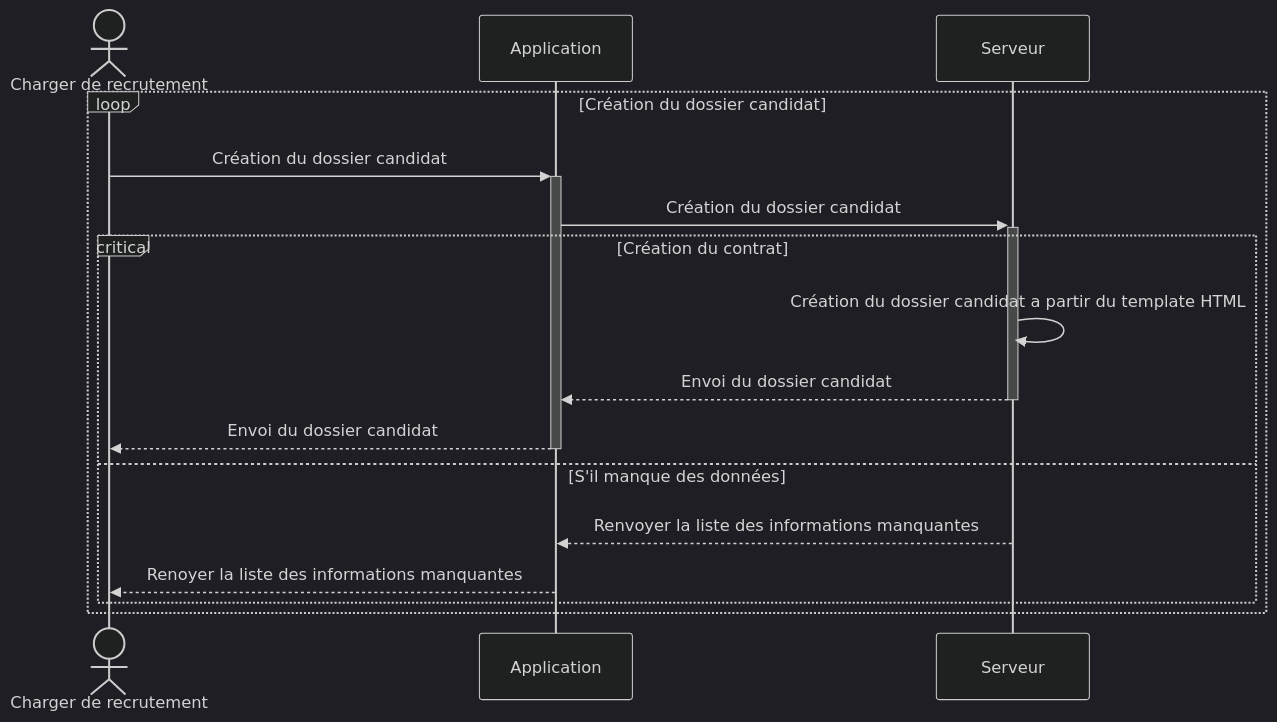
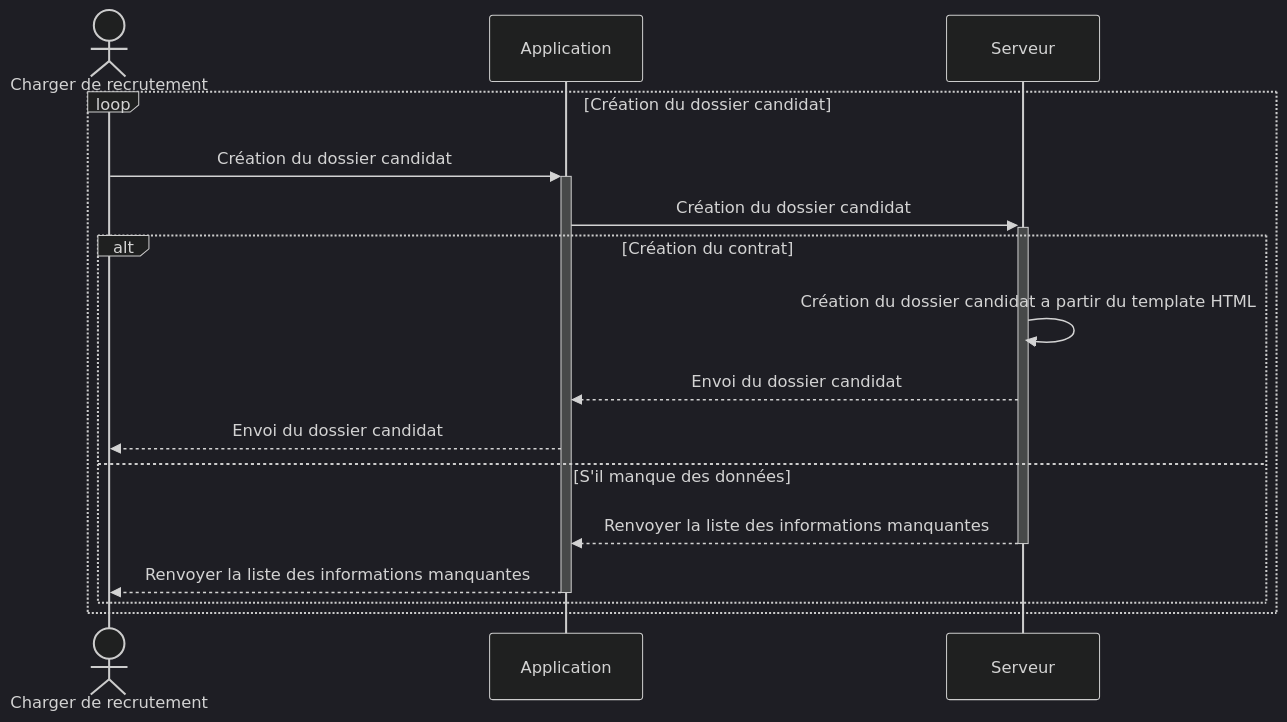
The second of 5 diagrams in README.md (QuentinVdr/CompoMetier), drawn with Mermaid (dark theme) before and after one commit. The commit also changed other lines of this file, not shown here.

Commit message:
✨ Update README.md with candidate dossier creation sequence diagram

````diff
--- a/README.md
+++ b/README.md
@@ -30,18 +32,18 @@
 ```mermaid
 sequenceDiagram
     actor CR as Charger de recrutement
     participant Front as Application
     participant Back as Serveur
     loop Création du dossier candidat
         CR->>+Front: Création du dossier candidat
         Front->>+Back: Création du dossier candidat
-        critical Création du contrat
+        alt Création du contrat
             Back->>Back: Création du dossier candidat a partir du template HTML
-            Back-->>-Front: Envoi du dossier candidat
-            Front-->>-CR: Envoi du dossier candidat
-        Option S'il manque des données
-            Back-->>Front: Renvoyer la liste des informations manquantes
-            Front-->>CR: Renoyer la liste des informations manquantes
+            Back-->>Front: Envoi du dossier candidat
+            Front-->>CR: Envoi du dossier candidat
+        else S'il manque des données
+            Back-->>-Front: Renvoyer la liste des informations manquantes
+            Front-->>-CR: Renvoyer la liste des informations manquantes
         end
     end
 ```
````
